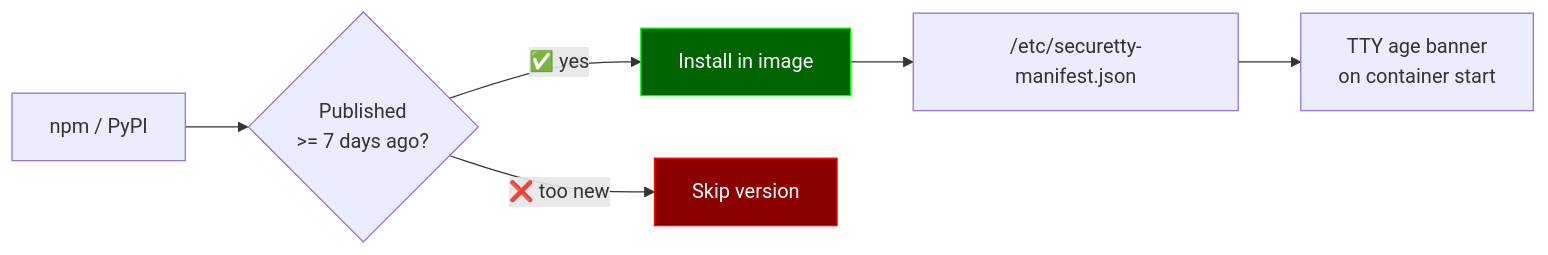
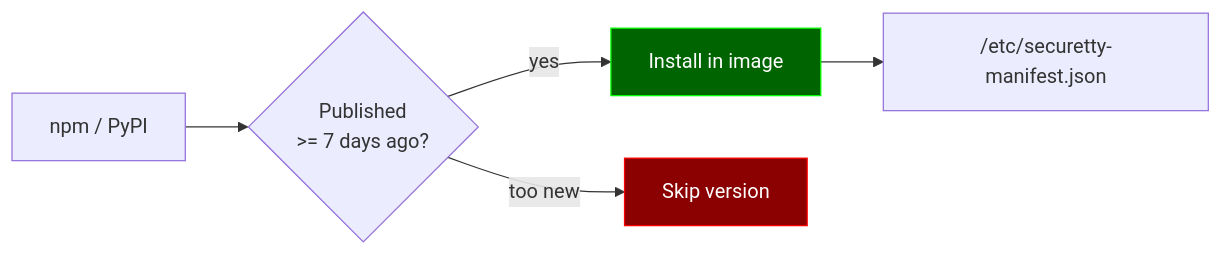
The fourth of 5 diagrams in README.md (dmzoneill/securetty), drawn with Mermaid before and after one commit. The commit also changed other lines of this file and 2 other files, not shown here.

````diff
--- a/README.md
+++ b/README.md
@@ -112,11 +80,10 @@
 ```mermaid
 flowchart LR
     Registry["npm / PyPI"] --> Check{"Published<br/>>= 7 days ago?"}
-    Check -->|"✅ yes"| Install["Install in image"]
-    Check -->|"❌ too new"| Skip["Skip version"]
+    Check -->|"yes"| Install["Install in image"]
+    Check -->|"too new"| Skip["Skip version"]
     Install --> Manifest["/etc/securetty-manifest.json"]
-    Manifest --> Banner["TTY age banner<br/>on container start"]
 
     style Skip fill:#8B0000,stroke:#ff0000,color:#fff
     style Install fill:#006400,stroke:#00ff00,color:#fff
 ```
````
